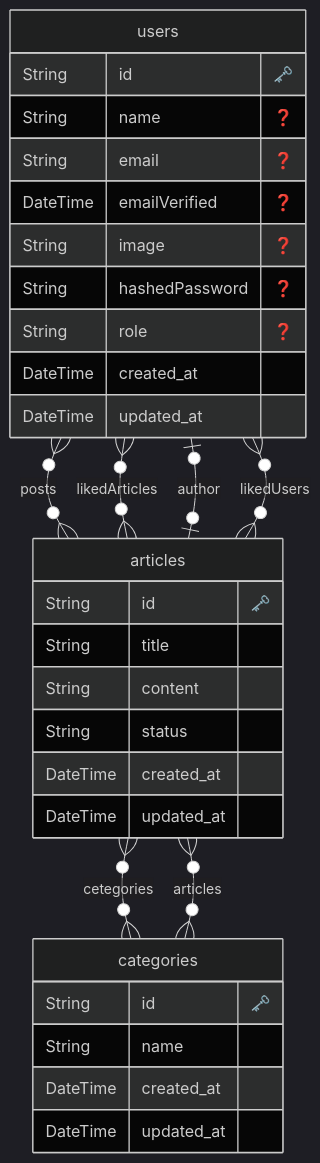
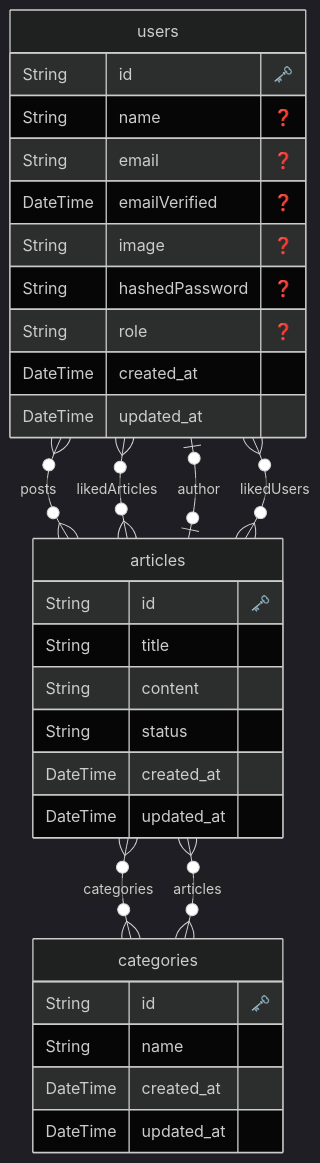
The diagram in prisma/schema.md (1zumisawashun/project-bd-client), drawn with Mermaid (dark theme) before and after one commit. The commit also changed 22 other files, not shown here.

````diff
--- a/prisma/schema.md
+++ b/prisma/schema.md
@@ -1,40 +1,40 @@
 ```mermaid
 erDiagram
 
   "users" {
     String id "🗝️"
     String name "❓"
     String email "❓"
     DateTime emailVerified "❓"
     String image "❓"
     String hashedPassword "❓"
     String role "❓"
     DateTime created_at 
     DateTime updated_at 
     }
   
 
   "articles" {
     String id "🗝️"
     String title 
     String content 
     String status 
     DateTime created_at 
     DateTime updated_at 
     }
   
 
   "categories" {
     String id "🗝️"
     String name 
     DateTime created_at 
     DateTime updated_at 
     }
   
     "users" o{--}o "articles" : "posts"
     "users" o{--}o "articles" : "likedArticles"
     "articles" o|--|o "users" : "author"
     "articles" o{--}o "users" : "likedUsers"
-    "articles" o{--}o "categories" : "cetegories"
+    "articles" o{--}o "categories" : "categories"
     "categories" o{--}o "articles" : "articles"
 ```
````
